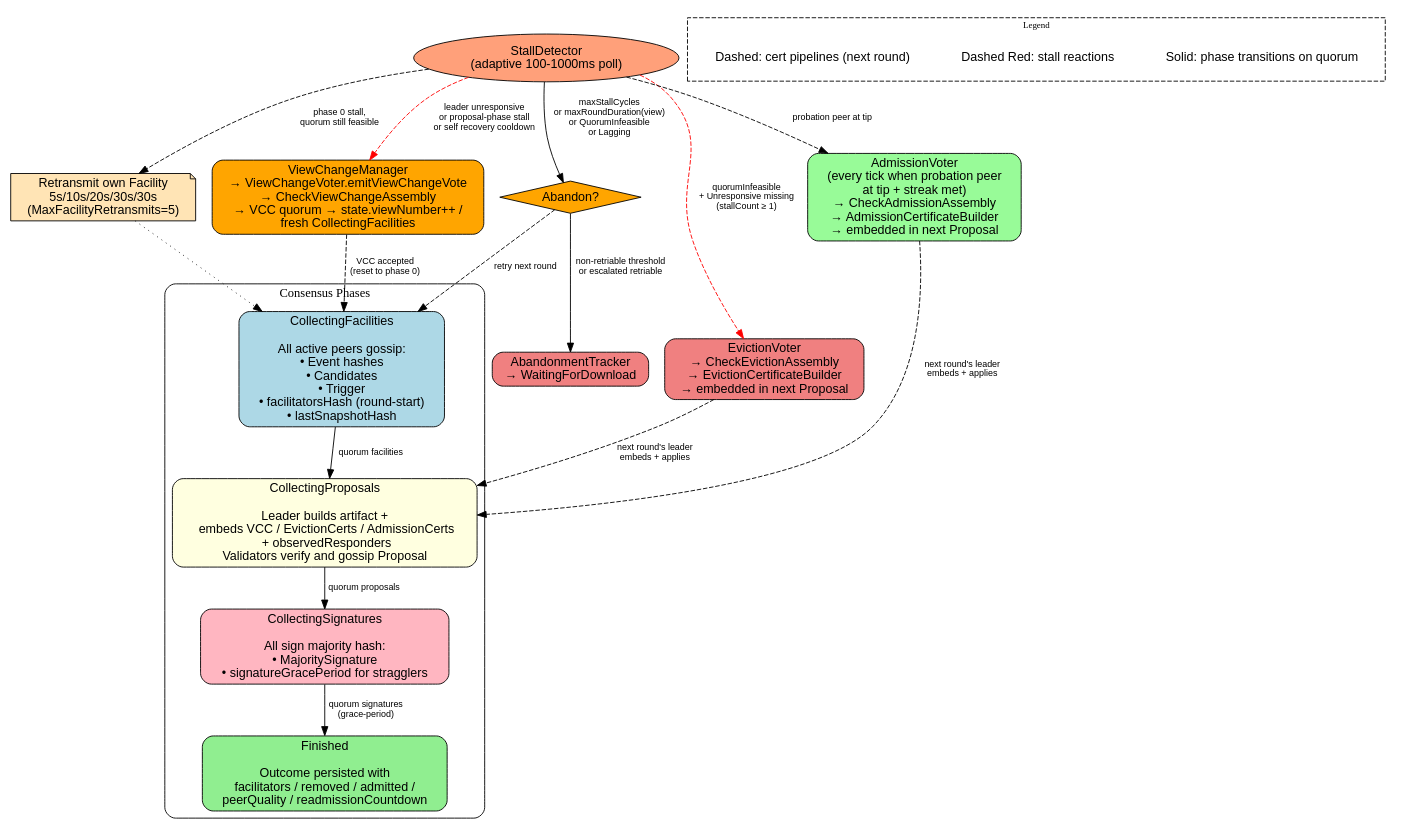
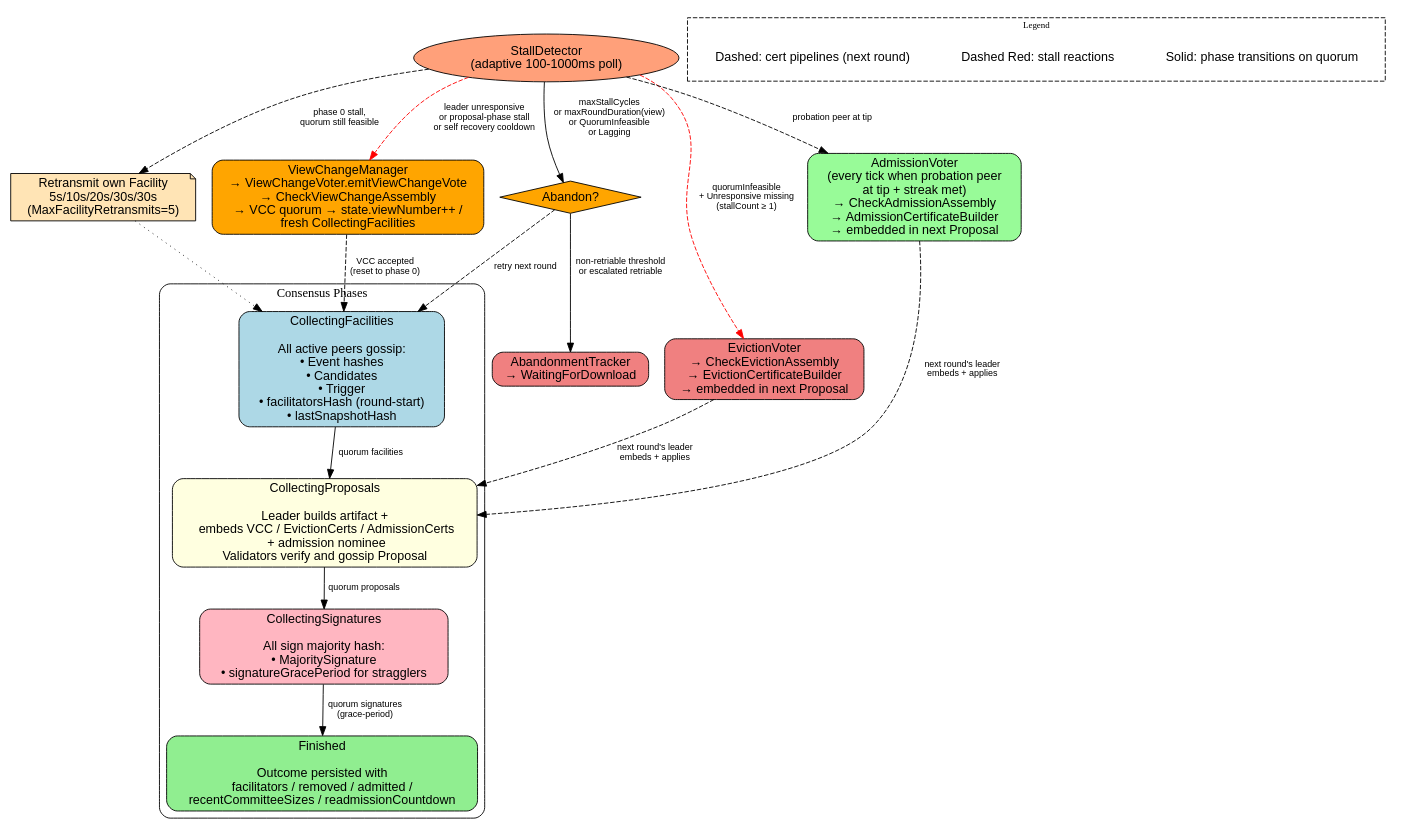
One commit to Constellation-Labs/tessellation changed the diagram in docs/consensus/diagrams/consensus-round.dot. Above: the diagram before and after it, drawn with Graphviz. The commit also changed 30 other files, not shown here.

```diff
--- a/docs/consensus/diagrams/consensus-round.dot
+++ b/docs/consensus/diagrams/consensus-round.dot
@@ -1,70 +1,70 @@
 // Consensus Round Protocol
 // Reflects current quorum-based phase transitions, the B1/B2 cert pipelines that
 // piggy-back on Proposal, and the StallDetector responses (capped-exp Facility
 // retransmit, view-change voting, abandonment).
 //
 // Render: dot -Tpng consensus-round.dot -o consensus-round.png
 
 digraph ConsensusRound {
     rankdir=TB;
     node [shape=box, style=rounded, fontname="Helvetica"];
     edge [fontname="Helvetica", fontsize=10];
 
     // Phases
     subgraph cluster_phases {
         label="Consensus Phases";
         style=rounded;
 
         CollectingFacilities [label="CollectingFacilities\n\nAll active peers gossip:\n• Event hashes\n• Candidates\n• Trigger\n• facilitatorsHash (round-start)\n• lastSnapshotHash", style="rounded,filled", fillcolor="lightblue"];
-        CollectingProposals [label="CollectingProposals\n\nLeader builds artifact +\n  embeds VCC / EvictionCerts / AdmissionCerts\n  + observedResponders\nValidators verify and gossip Proposal", style="rounded,filled", fillcolor="lightyellow"];
+        CollectingProposals [label="CollectingProposals\n\nLeader builds artifact +\n  embeds VCC / EvictionCerts / AdmissionCerts\n  + admission nominee\nValidators verify and gossip Proposal", style="rounded,filled", fillcolor="lightyellow"];
         CollectingSignatures [label="CollectingSignatures\n\nAll sign majority hash:\n• MajoritySignature\n• signatureGracePeriod for stragglers", style="rounded,filled", fillcolor="lightpink"];
-        Finished [label="Finished\n\nOutcome persisted with\nfacilitators / removed / admitted /\npeerQuality / readmissionCountdown", style="rounded,filled", fillcolor="lightgreen"];
+        Finished [label="Finished\n\nOutcome persisted with\nfacilitators / removed / admitted /\nrecentCommitteeSizes / readmissionCountdown", style="rounded,filled", fillcolor="lightgreen"];
     }
 
     // Transitions: quorum-based, not all-N (default fraction = 1.0 still equals all)
     CollectingFacilities -> CollectingProposals [label="quorum facilities"];
     CollectingProposals -> CollectingSignatures [label="quorum proposals"];
     CollectingSignatures -> Finished [label="quorum signatures\n(grace-period)"];
 
     // StallDetector orchestrates several reactions
     StallDetector [shape=ellipse, label="StallDetector\n(adaptive 100-1000ms poll)", style=filled, fillcolor="lightsalmon"];
 
     // Capped-exp Facility retransmit (v13)
     Retransmit [shape=note, label="Retransmit own Facility\n5s/10s/20s/30s/30s\n(MaxFacilityRetransmits=5)", style=filled, fillcolor="moccasin"];
     StallDetector -> Retransmit [label="phase 0 stall,\nquorum still feasible", style=dashed];
     Retransmit -> CollectingFacilities [style=dotted];
 
     // Quorum-certified view change (Phase 2)
     ViewChange [label="ViewChangeManager\n→ ViewChangeVoter.emitViewChangeVote\n→ CheckViewChangeAssembly\n→ VCC quorum → state.viewNumber++ /\nfresh CollectingFacilities", style="rounded,filled", fillcolor="orange"];
     StallDetector -> ViewChange [label="leader unresponsive\nor proposal-phase stall\nor self recovery cooldown", style=dashed, color="red"];
     ViewChange -> CollectingFacilities [label="VCC accepted\n(reset to phase 0)", style=dashed];
 
     // B1 eviction cert pipeline (no mid-round committee mutation)
     Eviction [label="EvictionVoter\n→ CheckEvictionAssembly\n→ EvictionCertificateBuilder\n→ embedded in next Proposal", style="rounded,filled", fillcolor="lightcoral"];
     StallDetector -> Eviction [label="quorumInfeasible\n+ Unresponsive missing\n(stallCount ≥ 1)", style=dashed, color="red"];
     Eviction -> CollectingProposals [label="next round's leader\nembeds + applies", style=dashed];
 
     // B2 admission cert pipeline (sticky probation)
     Admission [label="AdmissionVoter\n(every tick when probation peer\nat tip + streak met)\n→ CheckAdmissionAssembly\n→ AdmissionCertificateBuilder\n→ embedded in next Proposal", style="rounded,filled", fillcolor="palegreen"];
     StallDetector -> Admission [label="probation peer at tip", style=dashed];
     Admission -> CollectingProposals [label="next round's leader\nembeds + applies", style=dashed];
 
     // Abandon
     Abandon [shape=diamond, label="Abandon?", style=filled, fillcolor="orange"];
     StallDetector -> Abandon [label="maxStallCycles\nor maxRoundDuration(view)\nor QuorumInfeasible\nor Lagging"];
     Abandon -> Recovery [label="non-retriable threshold\nor escalated retriable"];
     Abandon -> CollectingFacilities [label="retry next round", style=dashed];
 
     Recovery [shape=box, label="AbandonmentTracker\n→ WaitingForDownload", style="rounded,filled", fillcolor="lightcoral"];
 
     // Legend
     subgraph cluster_legend {
         label="Legend";
         style=dashed;
         fontsize=10;
 
         l1 [shape=plaintext, label="Solid: phase transitions on quorum"];
         l2 [shape=plaintext, label="Dashed Red: stall reactions"];
         l3 [shape=plaintext, label="Dashed: cert pipelines (next round)"];
     }
 }
```
